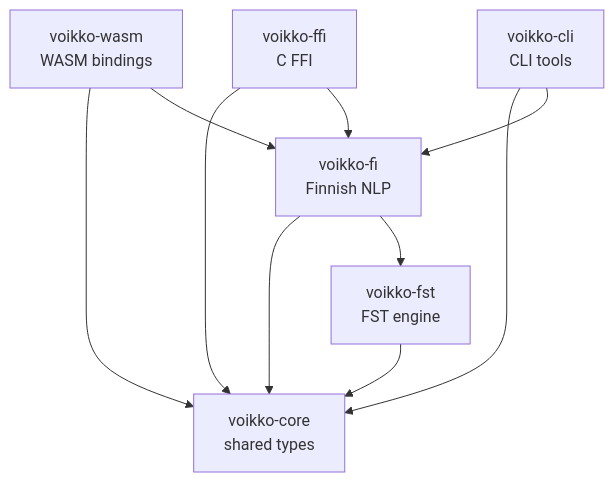
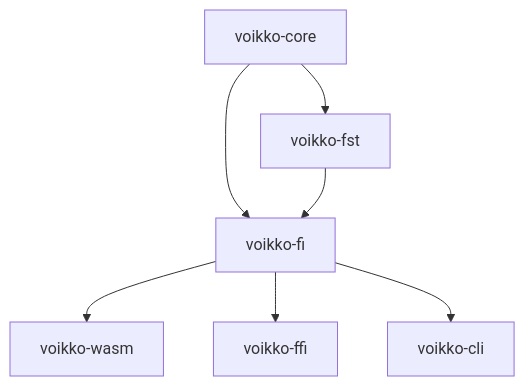
One commit to yongsk0066/corevoikko changed the diagram in libvoikko/rust/CLAUDE.md. Above: the diagram before and after it, drawn with Mermaid. The commit also changed 10 other files, not shown here.

````diff
--- a/libvoikko/rust/CLAUDE.md
+++ b/libvoikko/rust/CLAUDE.md
@@ -15,19 +15,9 @@
 ```mermaid
-graph TD
-    CORE[voikko-core<br/>shared types]
-    FST[voikko-fst<br/>FST engine]
-    FI[voikko-fi<br/>Finnish NLP]
-    WASM[voikko-wasm<br/>WASM bindings]
-    FFI[voikko-ffi<br/>C FFI]
-    CLI[voikko-cli<br/>CLI tools]
-
-    FST --> CORE
-    FI --> CORE
-    FI --> FST
-    WASM --> CORE
-    WASM --> FI
-    FFI --> CORE
-    FFI --> FI
-    CLI --> CORE
-    CLI --> FI
+flowchart TD
+    CORE[voikko-core] --> FST[voikko-fst]
+    CORE --> FI[voikko-fi]
+    FST --> FI
+    FI --> WASM[voikko-wasm]
+    FI --> FFI[voikko-ffi]
+    FI --> CLI[voikko-cli]
 ```
````
